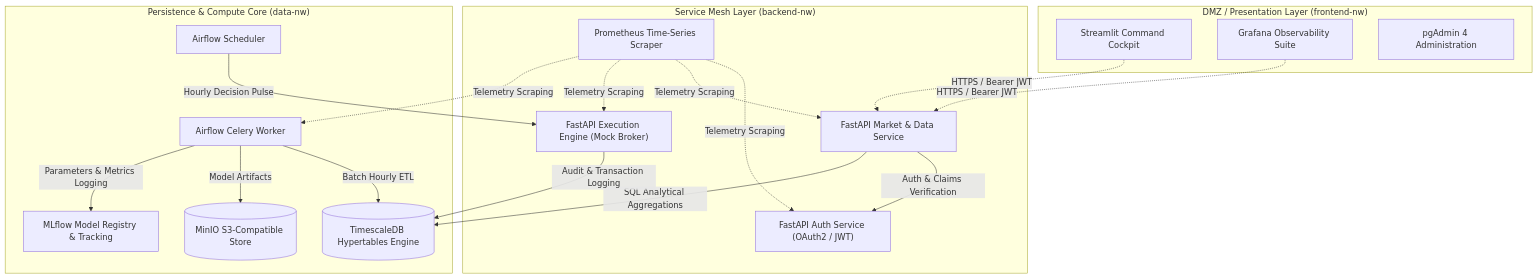
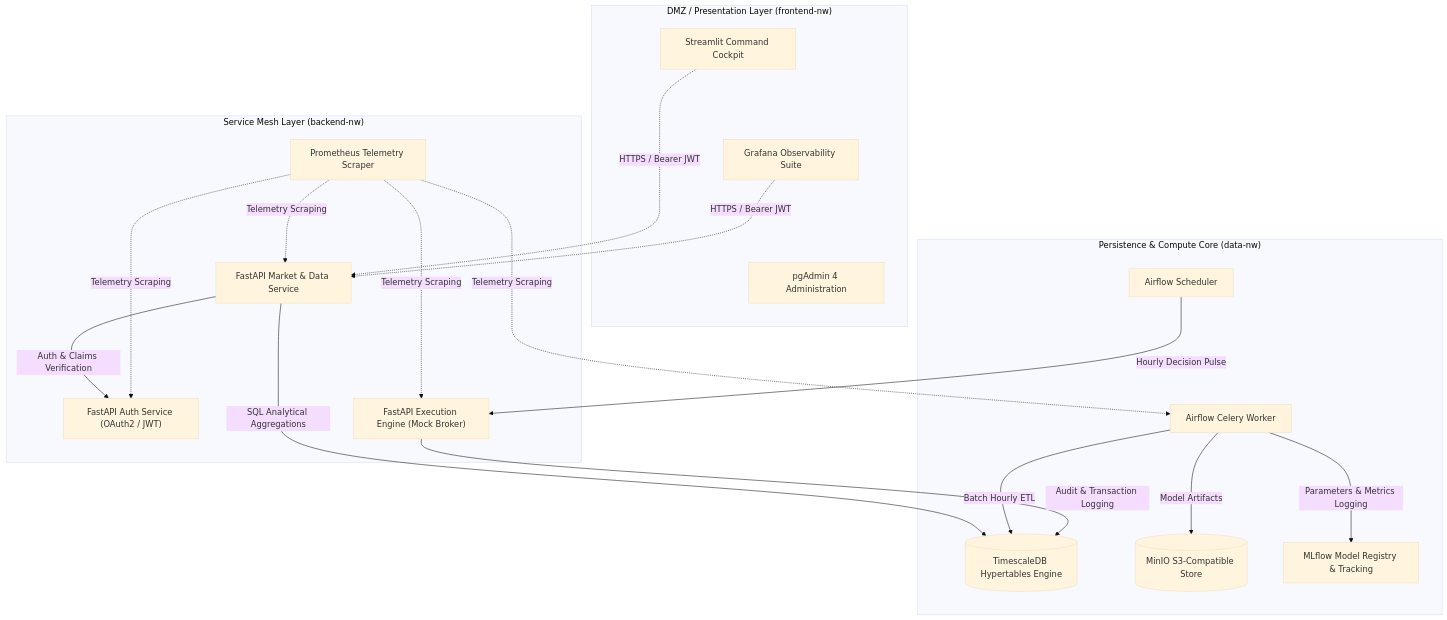
One commit to Dat-Al/QuantApple-Institutional-Trading-Platform changed the diagram in README.md. Above: the diagram before and after it, drawn with Mermaid. The commit also changed other lines of this file, not shown here.

Commit message:
style: expand mermaid, improve latex rendering

````diff
--- a/README.md
+++ b/README.md
@@ -22,40 +22,54 @@
 ```mermaid
+%%{init: {
+  'theme': 'base',
+  'flowchart': {
+    'nodeSpacing': 70,
+    'rankSpacing': 90,
+    'curve': 'basis',
+    'useMaxWidth': false
+  }
+}}%%
 flowchart TD
-    subgraph Net_Front["DMZ / Presentation Layer (frontend-nw)"]
+    subgraph Net_Front["  DMZ / Presentation Layer (frontend-nw)  "]
         ST["Streamlit Command Cockpit"]
         GR["Grafana Observability Suite"]
         PA["pgAdmin 4 Administration"]
     end
 
-    subgraph Net_Back["Service Mesh Layer (backend-nw)"]
+    subgraph Net_Back["  Service Mesh Layer (backend-nw)  "]
         AA["FastAPI Auth Service (OAuth2 / JWT)"]
         DA["FastAPI Market & Data Service"]
         EA["FastAPI Execution Engine (Mock Broker)"]
-        PR["Prometheus Time-Series Scraper"]
+        PR["Prometheus Telemetry Scraper"]
     end
 
-    subgraph Net_Data["Persistence & Compute Core (data-nw)"]
+    subgraph Net_Data["  Persistence & Compute Core (data-nw)  "]
         DB[("TimescaleDB Hypertables Engine")]
         AF_S["Airflow Scheduler"]
         AF_W["Airflow Celery Worker"]
         MN[("MinIO S3-Compatible Store")]
         MF["MLflow Model Registry & Tracking"]
     end
 
+    %% Alignement spatial étendu
+    ST ~~~ GR ~~~ PA
+    AA ~~~ DA ~~~ EA
+
+    %% Liaisons de flux
     ST -.->|HTTPS / Bearer JWT| DA
     GR -.->|HTTPS / Bearer JWT| DA
     DA -->|Auth & Claims Verification| AA
     DA -->|SQL Analytical Aggregations| DB
 
     AF_W -->|Batch Hourly ETL| DB
     AF_W -->|Model Artifacts| MN
     AF_W -->|Parameters & Metrics Logging| MF
 
     AF_S -->|Hourly Decision Pulse| EA
     EA -->|Audit & Transaction Logging| DB
 
     PR -.->|Telemetry Scraping| AA
     PR -.->|Telemetry Scraping| DA
     PR -.->|Telemetry Scraping| EA
     PR -.->|Telemetry Scraping| AF_W
 ```
````
